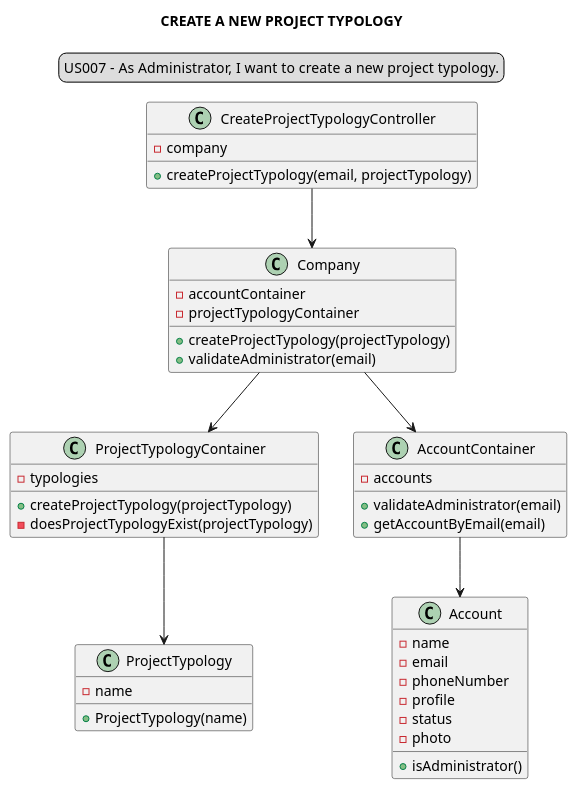
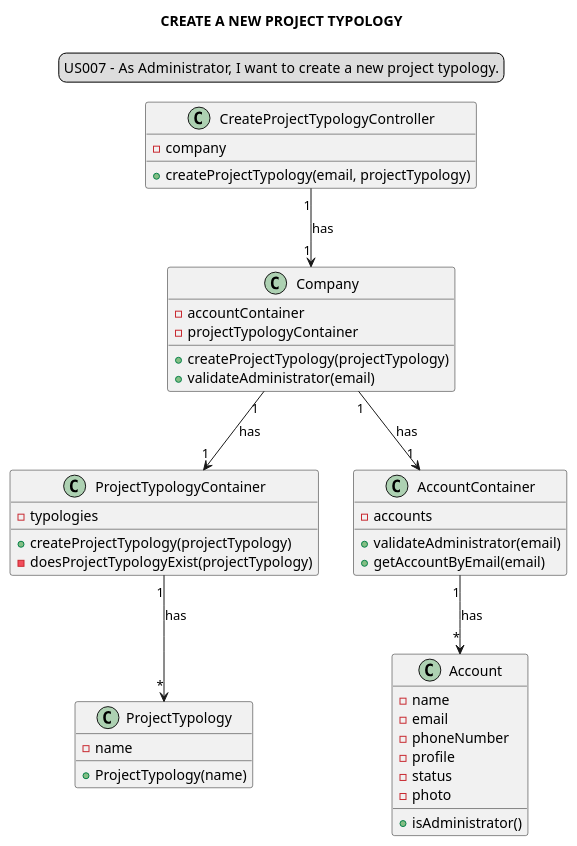
The diagram in docs/modelling_design/user_stories/sprint02/us007/US007_classDiagram.puml (Loracline/project_switch_22-23), drawn with PlantUML before and after one commit. The commit also changed 3 other files, not shown here.

```diff
--- a/docs/modelling_design/user_stories/sprint02/us007/US007_classDiagram.puml
+++ b/docs/modelling_design/user_stories/sprint02/us007/US007_classDiagram.puml
@@ -1,50 +1,50 @@
 @startuml
 
 legend top
 US007 -  As Administrator, I want to create a new project typology.
 end legend
 skinparam sequenceMessageAlign center
 title CREATE A NEW PROJECT TYPOLOGY
 
-"CreateProjectTypologyController" --> "Company"
-"Company" --> "ProjectTypologyContainer"
-"Company" --> "AccountContainer"
-"ProjectTypologyContainer" --> "ProjectTypology"
-"AccountContainer" --> "Account"
+"CreateProjectTypologyController""1"-->"1" "Company": has
+"Company" "1"-->"1" "ProjectTypologyContainer" : has
+"Company" "1"-->"1" "AccountContainer" : has
+"ProjectTypologyContainer" "1"-->"*" "ProjectTypology" : has
+"AccountContainer" "1"-->"*" "Account" : has
 
 class "CreateProjectTypologyController" {
 - company
 +createProjectTypology(email, projectTypology)
 }
 class "Company" {
 -accountContainer
 -projectTypologyContainer
 +createProjectTypology(projectTypology)
 +validateAdministrator(email)
 }
 class "ProjectTypologyContainer"{
 -typologies
 +createProjectTypology(projectTypology)
 -doesProjectTypologyExist(projectTypology)
 }
 class "AccountContainer"{
 -accounts
 +validateAdministrator(email)
 +getAccountByEmail(email)
 }
 class "ProjectTypology"{
 -name
 +ProjectTypology(name)
 }
 
 class "Account"{
 -name
 -email
 -phoneNumber
 -profile
 -status
 -photo
 +isAdministrator()
 }
 
 @enduml
```
